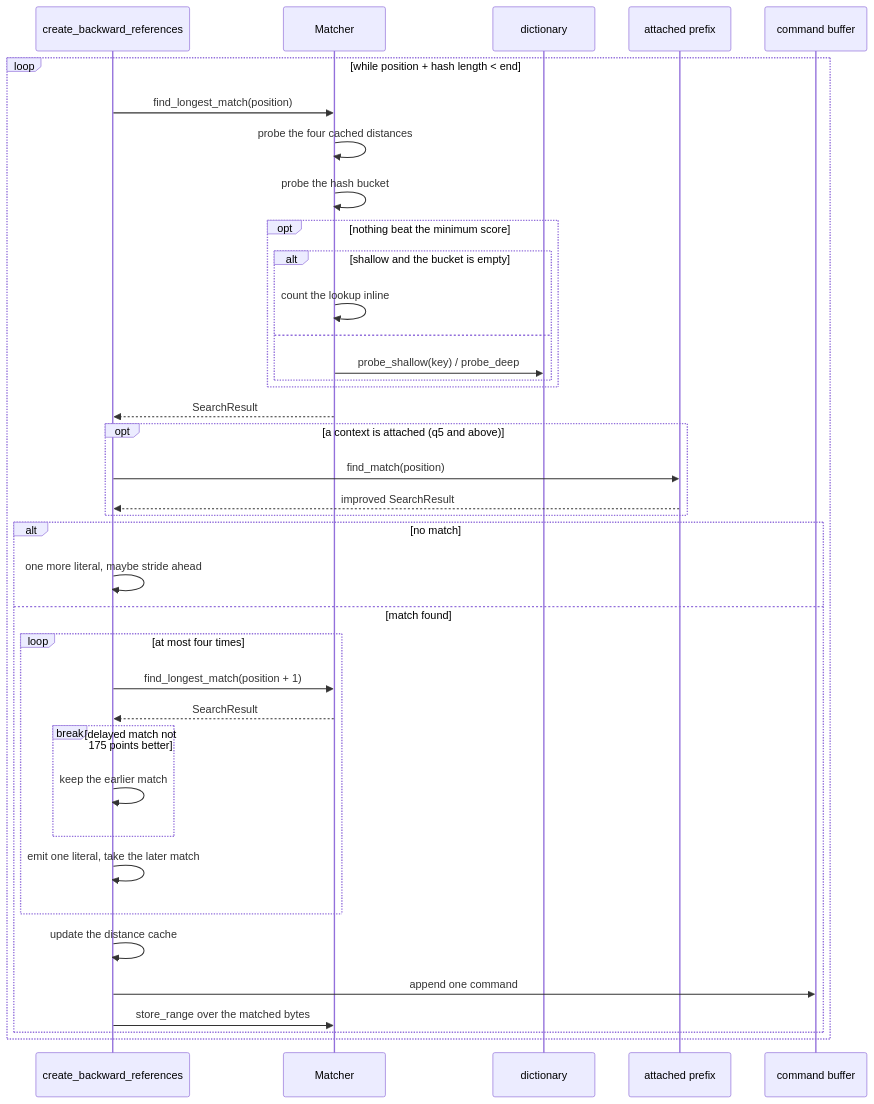
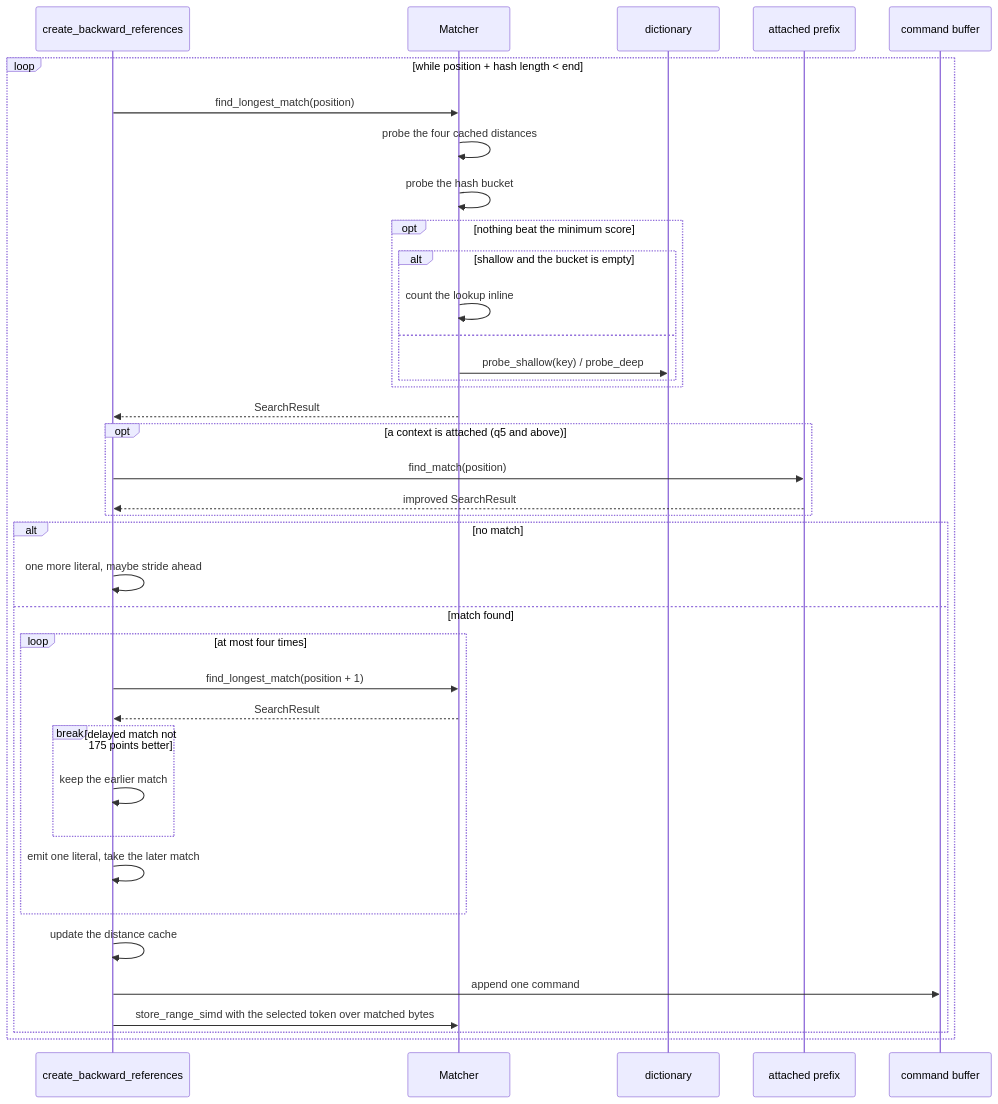
Diagram 17 of 24 in architecture/greedy-encoder.md (M-Compressors/mbrotli), drawn with Mermaid before and after one commit. The commit also changed other lines of this file and 186 other files, not shown here.

````diff
--- a/architecture/greedy-encoder.md
+++ b/architecture/greedy-encoder.md
@@ -850,41 +1064,41 @@
 ```mermaid
 sequenceDiagram
     participant Search as create_backward_references
     participant Finder as Matcher
     participant Dict as dictionary
     participant Prefix as attached prefix
     participant Cmds as command buffer
 
     loop while position + hash length < end
         Search->>Finder: find_longest_match(position)
         Finder->>Finder: probe the four cached distances
         Finder->>Finder: probe the hash bucket
         opt nothing beat the minimum score
             alt shallow and the bucket is empty
                 Finder->>Finder: count the lookup inline
             else
                 Finder->>Dict: probe_shallow(key) / probe_deep
             end
         end
         Finder-->>Search: SearchResult
         opt a context is attached (q5 and above)
             Search->>Prefix: find_match(position)
             Prefix-->>Search: improved SearchResult
         end
         alt no match
             Search->>Search: one more literal, maybe stride ahead
         else match found
             loop at most four times
                 Search->>Finder: find_longest_match(position + 1)
                 Finder-->>Search: SearchResult
                 break delayed match not 175 points better
                     Search->>Search: keep the earlier match
                 end
                 Search->>Search: emit one literal, take the later match
             end
             Search->>Search: update the distance cache
             Search->>Cmds: append one command
-            Search->>Finder: store_range over the matched bytes
+            Search->>Finder: store_range_simd with the selected token over matched bytes
         end
     end
 ```
````
